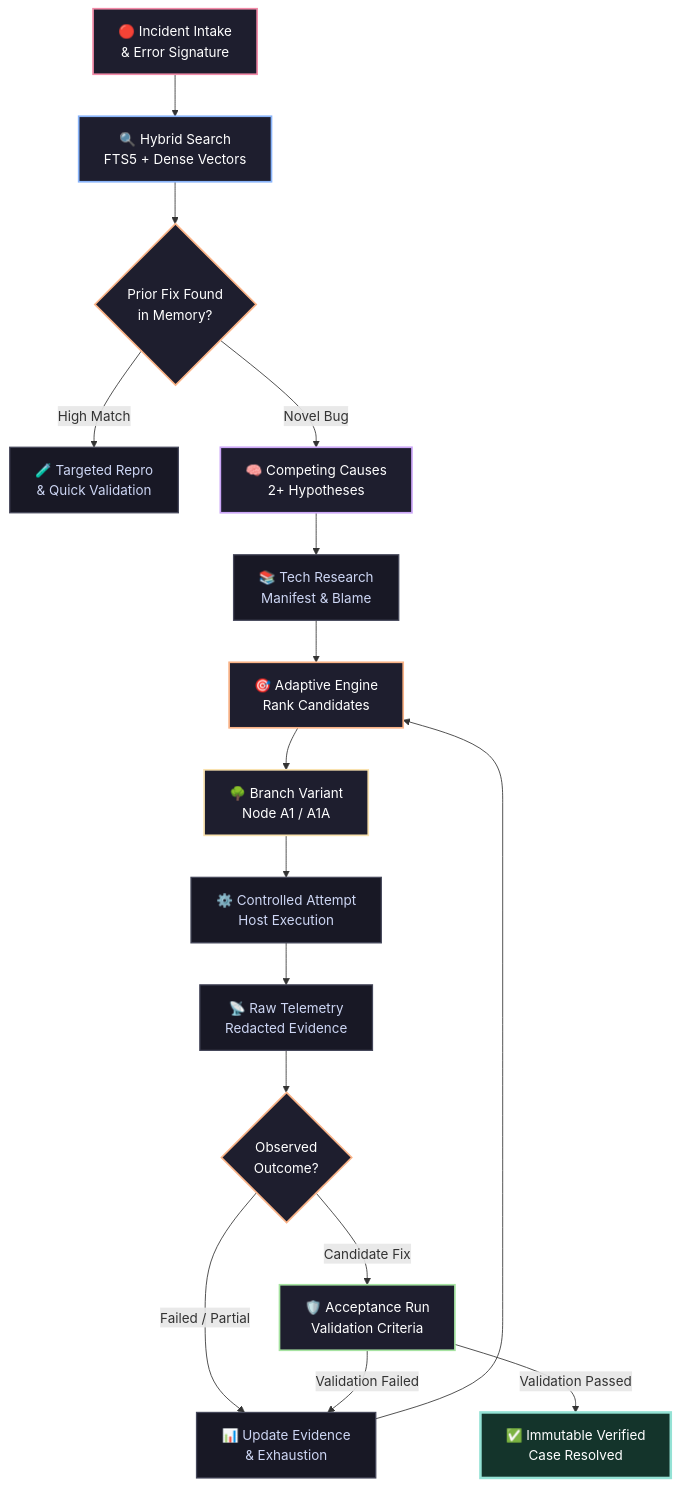
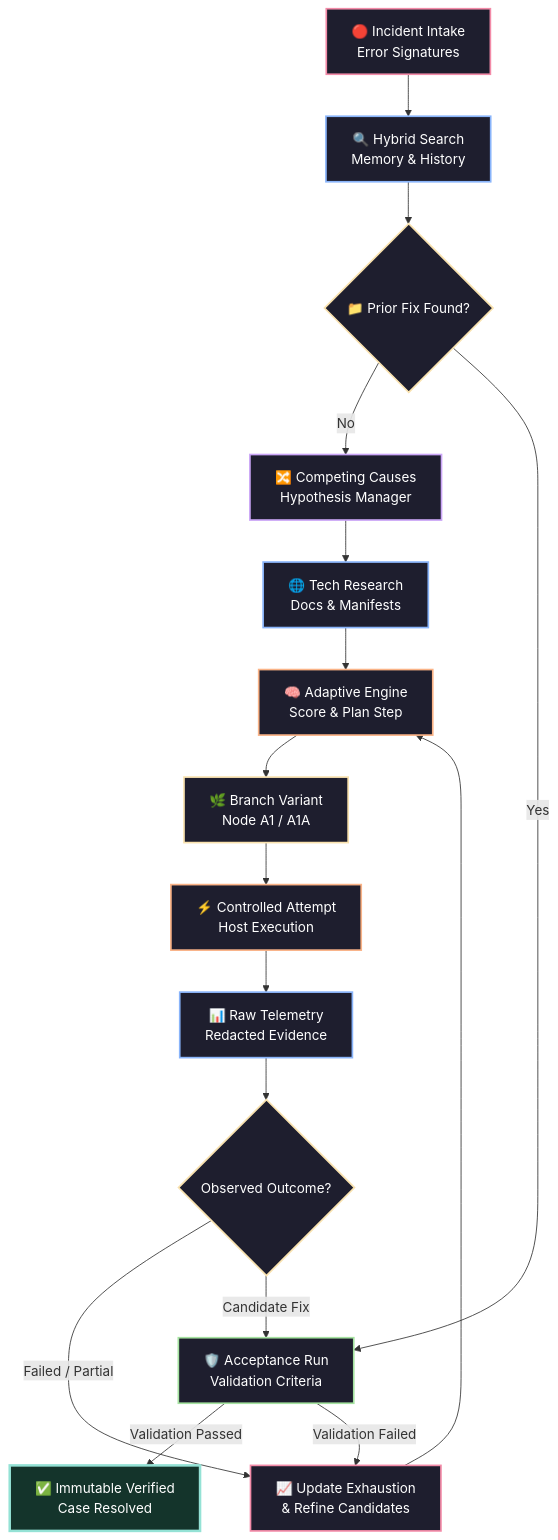
The second of 2 diagrams in README.md (Akash-billawa/adaptive-debugging-mcp), drawn with Mermaid before and after one commit.

Commit message:
fix(docs): switch flowchart to graph TD with native SVG node sizing to eliminate text clipping

````diff
--- a/README.md
+++ b/README.md
@@ -183,41 +183,36 @@
 ```mermaid
-flowchart TD
-    A["🔴 Incident Intake<br/>& Error Signature"] --> B["🔍 Hybrid Search<br/>FTS5 + Dense Vectors"]
-    B --> C{"Prior Fix Found<br/>in Memory?"}
+graph TD
+    A[🔴 Incident Intake<br>Error Signatures] --> B[🔍 Hybrid Search<br>Memory & History]
+    B --> C{📁 Prior Fix Found?}
     
-    C -->|High Match| D["🧪 Targeted Repro<br/>& Quick Validation"]
-    C -->|Novel Bug| E["🧠 Competing Causes<br/>2+ Hypotheses"]
+    C -->|No| E[🔀 Competing Causes<br>Hypothesis Manager]
+    C -->|Yes| M[🛡️ Acceptance Run<br>Validation Criteria]
     
-    E --> F["📚 Tech Research<br/>Manifest & Blame"]
-    F --> G["🎯 Adaptive Engine<br/>Rank Candidates"]
-    G --> H["🌳 Branch Variant<br/>Node A1 / A1A"]
-    H --> I["⚙️ Controlled Attempt<br/>Host Execution"]
-    I --> J["📡 Raw Telemetry<br/>Redacted Evidence"]
+    E --> F[🌐 Tech Research<br>Docs & Manifests]
+    F --> G[🧠 Adaptive Engine<br>Score & Plan Step]
+    G --> H[🌿 Branch Variant<br>Node A1 / A1A]
+    H --> I[⚡ Controlled Attempt<br>Host Execution]
+    I --> J[📊 Raw Telemetry<br>Redacted Evidence]
     
-    J --> K{"Observed<br/>Outcome?"}
-    K -->|Failed / Partial| L["📊 Update Evidence<br/>& Exhaustion"]
+    J --> K{Observed Outcome?}
+    K -->|Failed / Partial| L[📈 Update Exhaustion<br>& Refine Candidates]
     L --> G
     
-    K -->|Candidate Fix| M["🛡️ Acceptance Run<br/>Validation Criteria"]
+    K -->|Candidate Fix| M
+    M -->|Validation Passed| N[✅ Immutable Verified<br>Case Resolved]
     M -->|Validation Failed| L
-    M -->|Validation Passed| N["✅ Immutable Verified<br/>Case Resolved"]
 
-    classDef default fill:#181825,stroke:#45475a,stroke-width:1.5px,color:#cdd6f4;
-    classDef intake fill:#1e1e2e,stroke:#f38ba8,stroke-width:2px,color:#fff;
-    classDef search fill:#1e1e2e,stroke:#89b4fa,stroke-width:2px,color:#fff;
-    classDef hypo fill:#1e1e2e,stroke:#cba6f7,stroke-width:2px,color:#fff;
-    classDef engine fill:#1e1e2e,stroke:#fab387,stroke-width:2px,color:#fff;
-    classDef branch fill:#1e1e2e,stroke:#f9e2af,stroke-width:2px,color:#fff;
-    classDef decision fill:#1e1e2e,stroke:#fab387,stroke-width:2px,color:#fff;
-    classDef validation fill:#1e1e2e,stroke:#a6e3a1,stroke-width:2px,color:#fff;
-    classDef verified fill:#14342b,stroke:#94e2d5,stroke-width:3px,color:#fff;
-
-    class A intake;
-    class B search;
-    class C,K decision;
-    class E hypo;
-    class G engine;
-    class H branch;
-    class M validation;
-    class N verified;
+    style A fill:#1e1e2e,stroke:#f38ba8,stroke-width:2px,color:#fff
+    style B fill:#1e1e2e,stroke:#89b4fa,stroke-width:2px,color:#fff
+    style C fill:#1e1e2e,stroke:#f9e2af,stroke-width:2px,color:#fff
+    style E fill:#1e1e2e,stroke:#cba6f7,stroke-width:2px,color:#fff
+    style F fill:#1e1e2e,stroke:#89b4fa,stroke-width:2px,color:#fff
+    style G fill:#1e1e2e,stroke:#fab387,stroke-width:2px,color:#fff
+    style H fill:#1e1e2e,stroke:#f9e2af,stroke-width:2px,color:#fff
+    style I fill:#1e1e2e,stroke:#fab387,stroke-width:2px,color:#fff
+    style J fill:#1e1e2e,stroke:#89b4fa,stroke-width:2px,color:#fff
+    style K fill:#1e1e2e,stroke:#f9e2af,stroke-width:2px,color:#fff
+    style L fill:#1e1e2e,stroke:#f38ba8,stroke-width:2px,color:#fff
+    style M fill:#1e1e2e,stroke:#a6e3a1,stroke-width:2px,color:#fff
+    style N fill:#14342b,stroke:#94e2d5,stroke-width:3px,color:#fff
 ```
````
